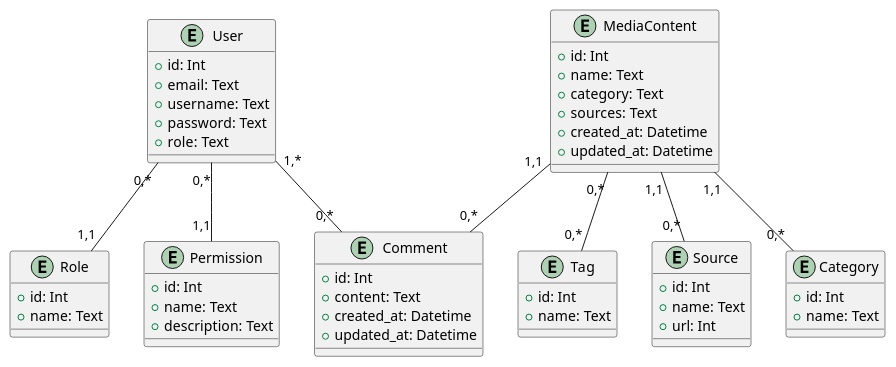
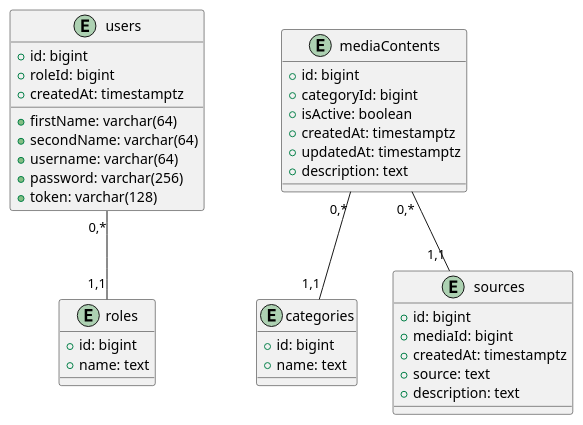
One commit to ypapish/database-course-work changed the second of 3 diagrams in docs/ua/design/index.md. Above: the diagram before and after it, drawn with PlantUML. The commit also changed other lines of this file and 4 other files, not shown here.

Commit message:
make diagrams matched to sql

```diff
--- a/docs/ua/design/index.md
+++ b/docs/ua/design/index.md
@@ -96,61 +64,44 @@
 @startuml
-entity "Role" {
-    + id: Int 
-    + name: Text
+entity "roles" {
+    + id: bigint 
+    + name: text
+  }
+ 
+entity "categories" {
+    + id: bigint
+    + name: text
+  }
+  
+entity "users" {
+    + id: bigint
+    + roleId: bigint
+    + firstName: varchar(64)
+    + secondName: varchar(64)
+    + username: varchar(64)
+    + password: varchar(256)
+    + token: varchar(128)
+    + createdAt: timestamptz
   }
 
-entity "Comment" {
-    + id: Int
-    + content: Text 
-    + created_at: Datetime
-    + updated_at: Datetime
-  }
- 
-entity "Tag" {
-    + id: Int
-    + name: Text
-  }
-
-entity "Permission" {
-  + id: Int
-  + name: Text
-  + description: Text
-}
-  
-entity "User" {
-    + id: Int
-    + email: Text
-    + username: Text
-    + password: Text
-    + role: Text
+entity "mediaContents" {
+    + id: bigint
+    + categoryId: bigint
+    + isActive: boolean  
+    + createdAt: timestamptz
+    + updatedAt: timestamptz 
+    + description: text 
   }
   
-entity "Source" {
-    + id: Int
-    + name: Text
-    + url: Int
-  }
-
-entity "MediaContent" {
-    + id: Int
-    + name: Text
-    + category: Text  
-    + sources: Text
-    + created_at: Datetime 
-    + updated_at: Datetime 
+    entity "sources" {
+    + id: bigint
+    + mediaId: bigint
+    + createdAt: timestamptz
+    + source: text
+    + description: text
   }
   
-    entity "Category" {
-    + id: Int
-    + name: Text
-  }
-  
-User "0,*" -d- "1,1" Role
-User "0,*" -d- "1,1" Permission
-User "1,*" -d- "0,*" Comment
-MediaContent "1,1" -d- "0,*" Category
-MediaContent "1,1" -d- "0,*" Source
-MediaContent "0,*" -d- "0,*" Tag
-MediaContent "1,1" -d- "0,*" Comment
+users "0,*" -d- "1,1" roles
+mediaContents "0,*" -d- "1,1" categories
+mediaContents "0,*" -d- "1,1" sources
 
 @enduml
```
